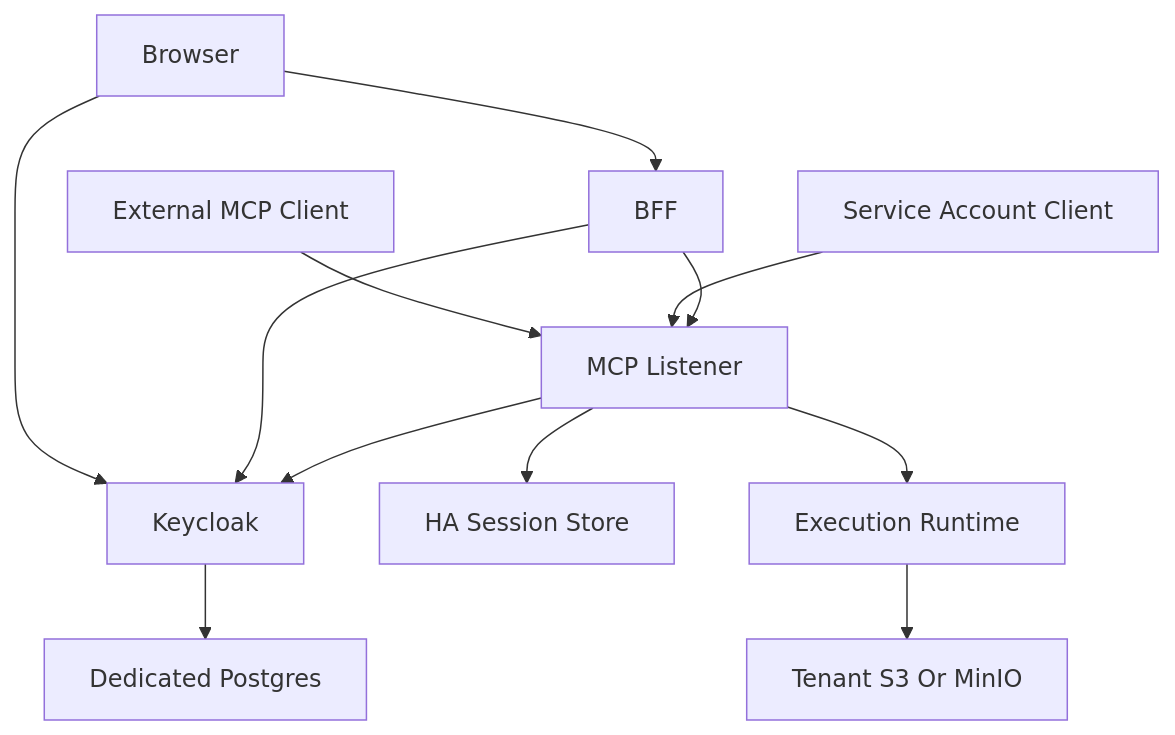
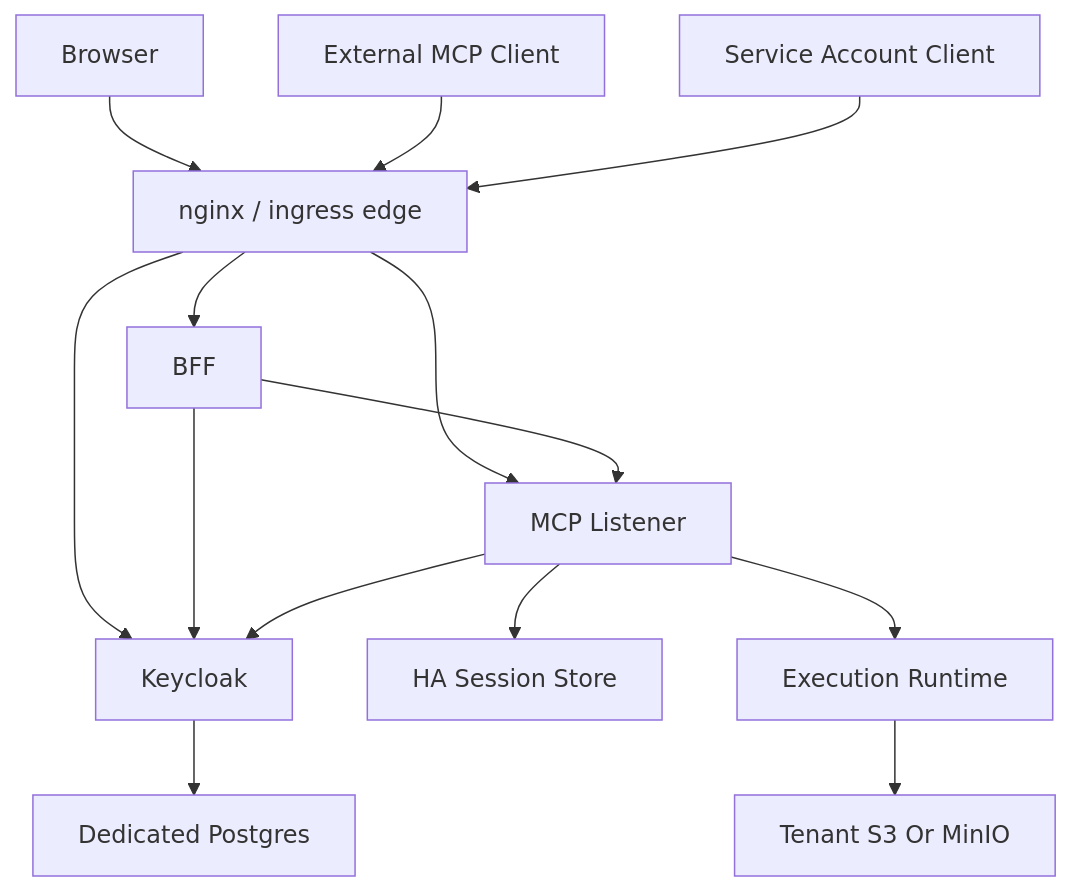
The first of 3 diagrams in documents/architecture/multi_tenant_saas_mcp_auth_architecture.md (Tuee22/studioMCP), drawn with Mermaid before and after one commit. The commit also changed other lines of this file and 92 other files, not shown here.

````diff
--- a/documents/architecture/multi_tenant_saas_mcp_auth_architecture.md
+++ b/documents/architecture/multi_tenant_saas_mcp_auth_architecture.md
@@ -36,14 +36,16 @@
 ```mermaid
 flowchart TB
-  Browser[Browser] --> BFF[BFF]
-  Browser --> Keycloak[Keycloak]
-  External[External MCP Client] --> MCP[MCP Listener]
-  Service[Service Account Client] --> MCP
+  Browser[Browser] --> Edge[nginx / ingress edge]
+  External[External MCP Client] --> Edge
+  Service[Service Account Client] --> Edge
+  Edge --> BFF[BFF]
+  Edge --> MCP[MCP Listener]
+  Edge --> Keycloak[Keycloak]
   BFF --> Keycloak
   BFF --> MCP
   MCP --> Keycloak
   MCP --> Redis[HA Session Store]
   MCP --> Runtime[Execution Runtime]
   Runtime --> Storage[Tenant S3 Or MinIO]
   Keycloak --> Pg[Dedicated Postgres]
 ```
````
